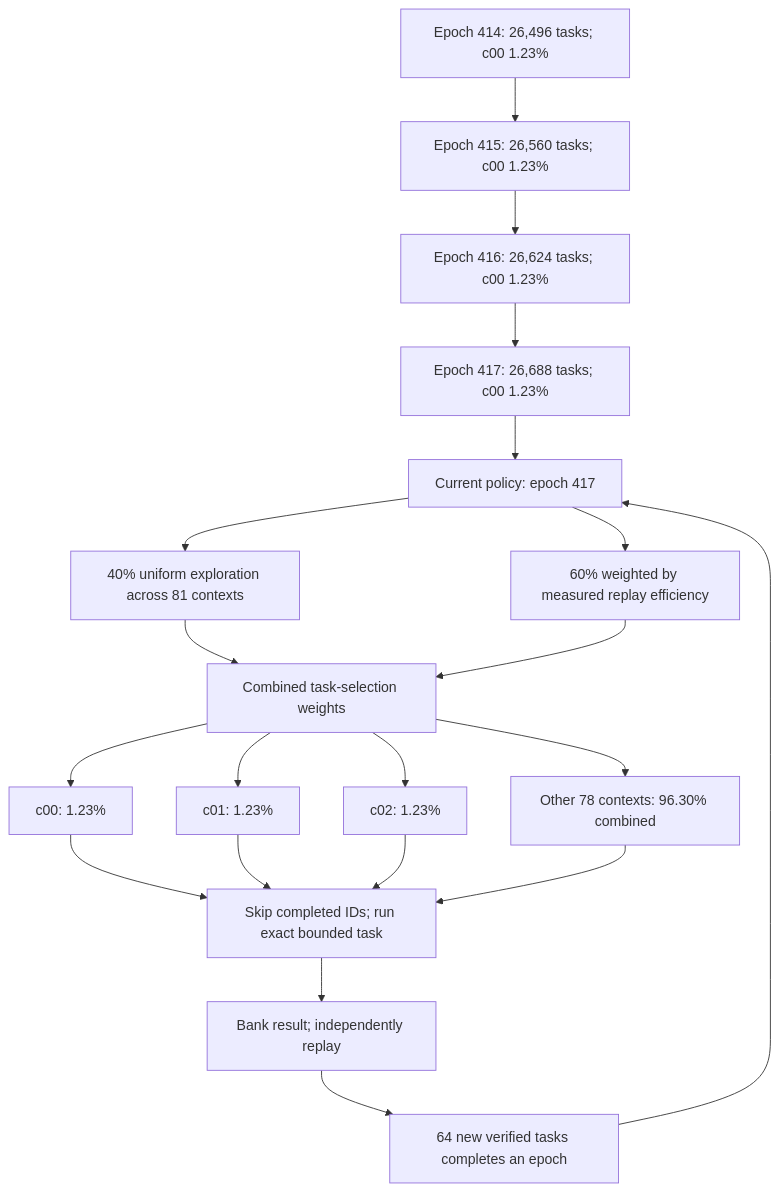
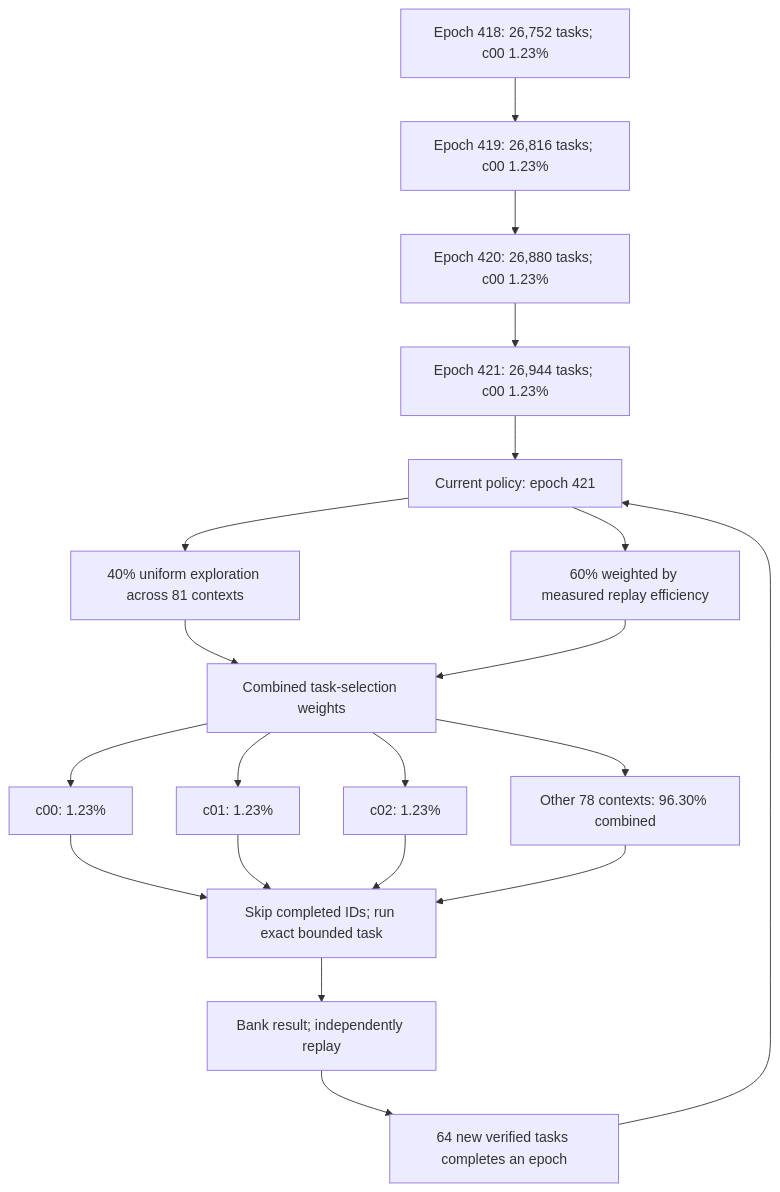
The first of 2 diagrams in README.md (Kuberwastaken/math-gambling), drawn with Mermaid before and after one commit. The commit also changed other lines of this file and 596 other files, not shown here.

````diff
--- a/README.md
+++ b/README.md
@@ -50,27 +50,27 @@
 ```mermaid
 flowchart TD
-    H0["Epoch 414: 26,496 tasks; c00 1.23%"]
-    H1["Epoch 415: 26,560 tasks; c00 1.23%"]
+    H0["Epoch 418: 26,752 tasks; c00 1.23%"]
+    H1["Epoch 419: 26,816 tasks; c00 1.23%"]
     H0 --> H1
-    H2["Epoch 416: 26,624 tasks; c00 1.23%"]
+    H2["Epoch 420: 26,880 tasks; c00 1.23%"]
     H1 --> H2
-    H3["Epoch 417: 26,688 tasks; c00 1.23%"]
+    H3["Epoch 421: 26,944 tasks; c00 1.23%"]
     H2 --> H3
-    Policy["Current policy: epoch 417"]
+    Policy["Current policy: epoch 421"]
     H3 --> Policy
     Policy --> Explore["40% uniform exploration across 81 contexts"]
     Policy --> Cost["60% weighted by measured replay efficiency"]
     Explore --> Mix["Combined task-selection weights"]
     Cost --> Mix
     Mix --> C0["c00: 1.23%"]
     Mix --> C1["c01: 1.23%"]
     Mix --> C2["c02: 1.23%"]
     Mix --> Rest["Other 78 contexts: 96.30% combined"]
     C0 --> Check["Skip completed IDs; run exact bounded task"]
     C1 --> Check
     C2 --> Check
     Rest --> Check
     Check --> Replay["Bank result; independently replay"]
     Replay --> Gate["64 new verified tasks completes an epoch"]
     Gate --> Policy
 ```
````
